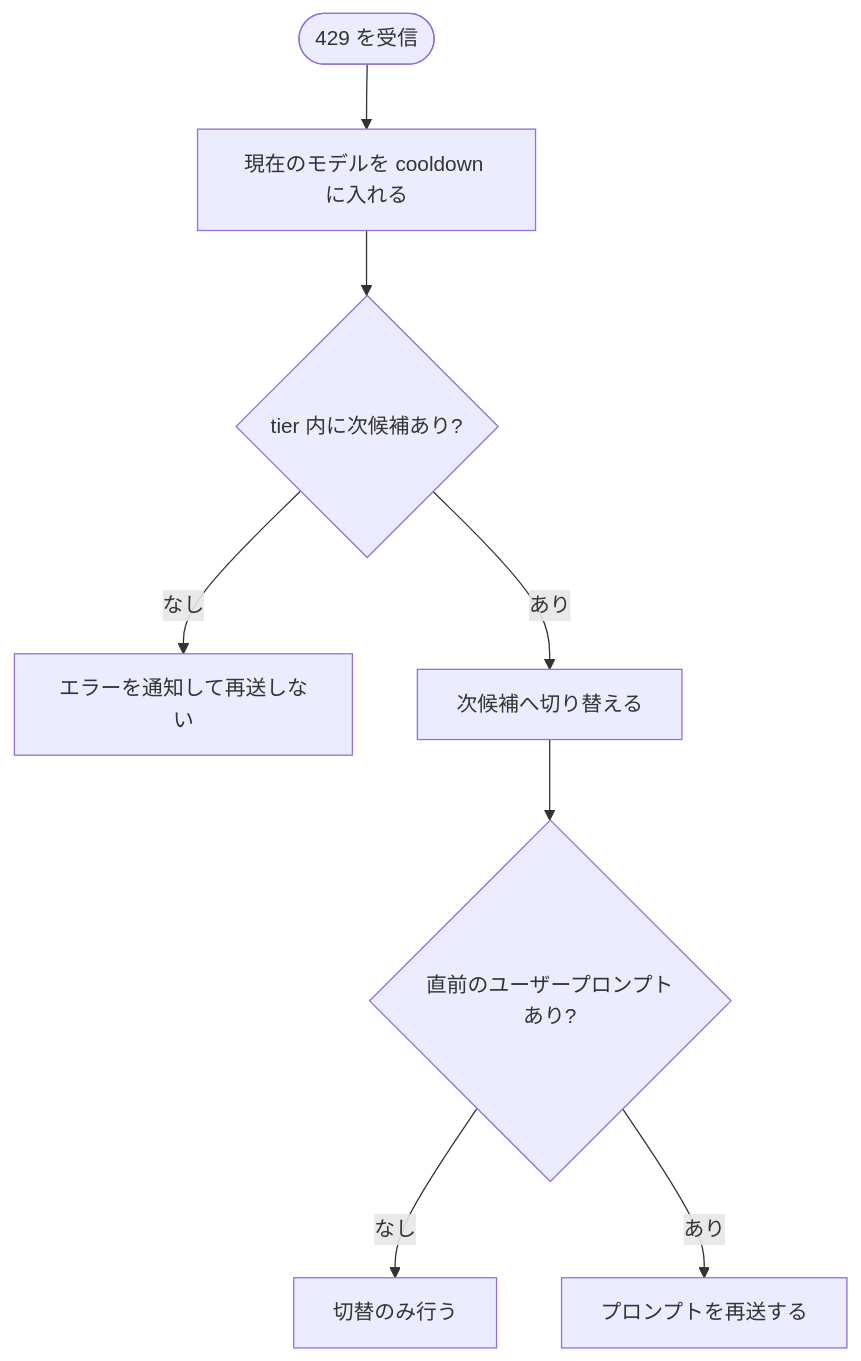
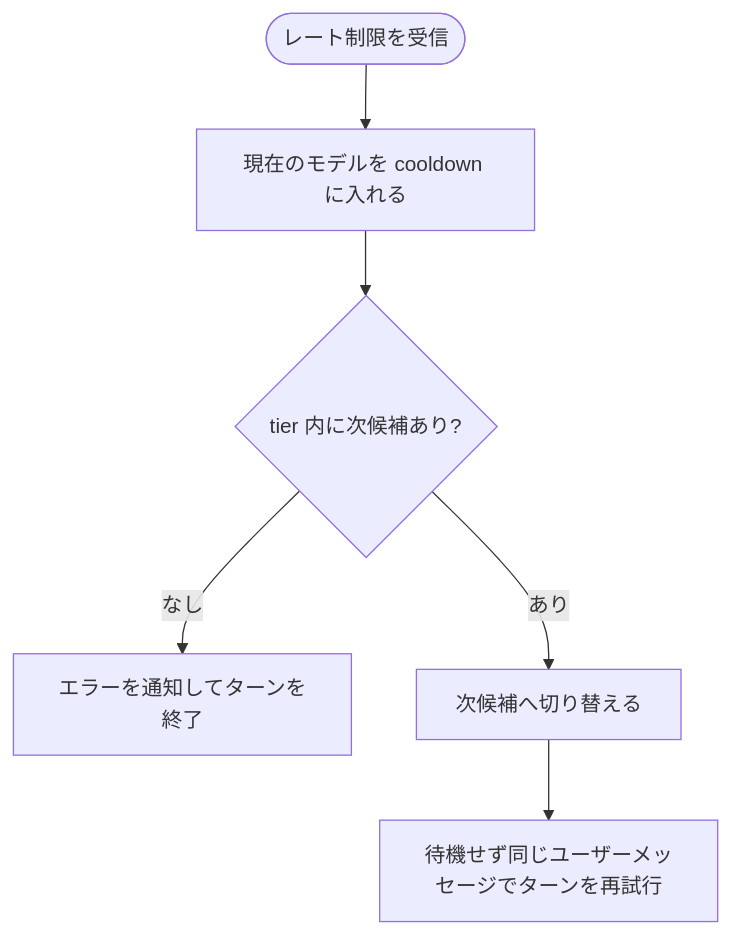
One commit to CatBraaain/dotfiles changed the second of 3 diagrams in dotfiles/.pi/agent/extensions.exact/role/SPEC.md. Above: the diagram before and after it, drawn with Mermaid. The commit also changed other lines of this file and 6 other files, not shown here.

````diff
--- a/dotfiles/.pi/agent/extensions.exact/role/SPEC.md
+++ b/dotfiles/.pi/agent/extensions.exact/role/SPEC.md
@@ -142,10 +149,8 @@
 ```mermaid
 flowchart TD
-    A([429 を受信]) --> B[現在のモデルを cooldown に入れる]
+    A([レート制限を受信]) --> B[現在のモデルを cooldown に入れる]
     B --> C{tier 内に次候補あり?}
-    C -->|なし| D[エラーを通知して再送しない]
+    C -->|なし| D[エラーを通知してターンを終了]
     C -->|あり| E[次候補へ切り替える]
-    E --> F{直前のユーザープロンプトあり?}
-    F -->|なし| G[切替のみ行う]
-    F -->|あり| H[プロンプトを再送する]
+    E --> F[待機せず同じユーザーメッセージでターンを再試行]
 ```
````
